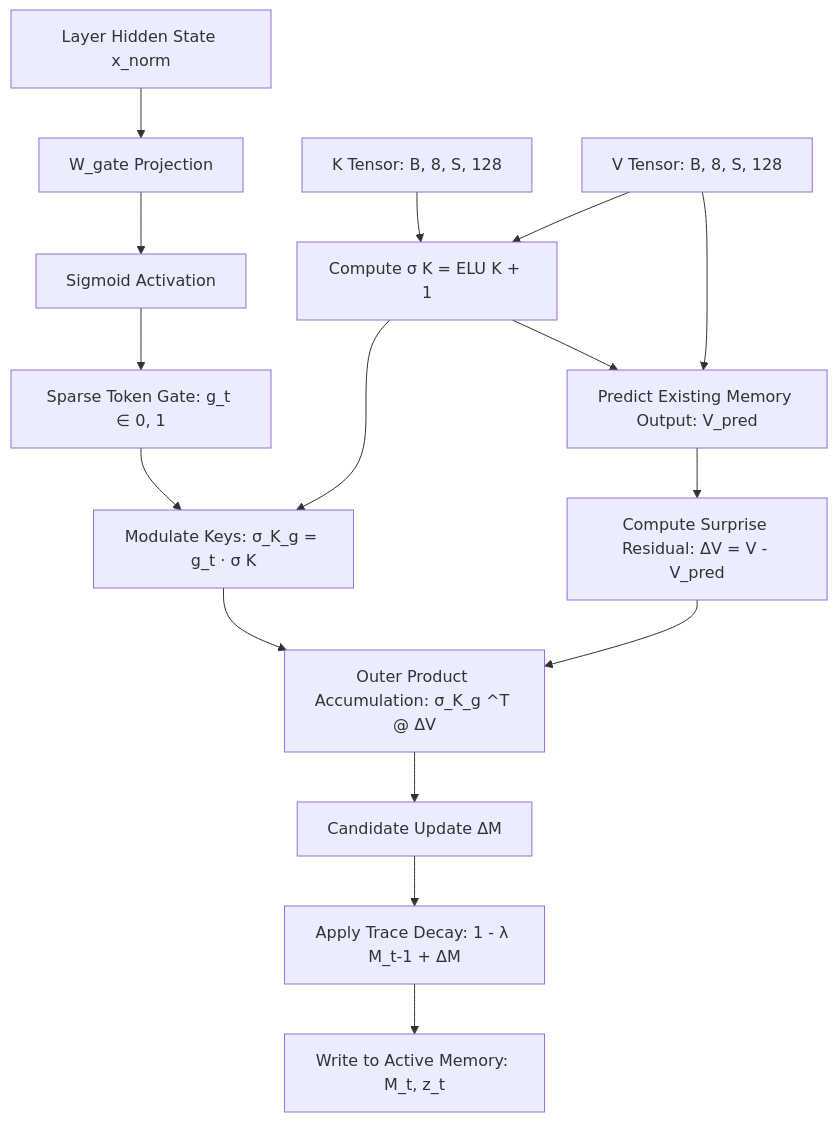
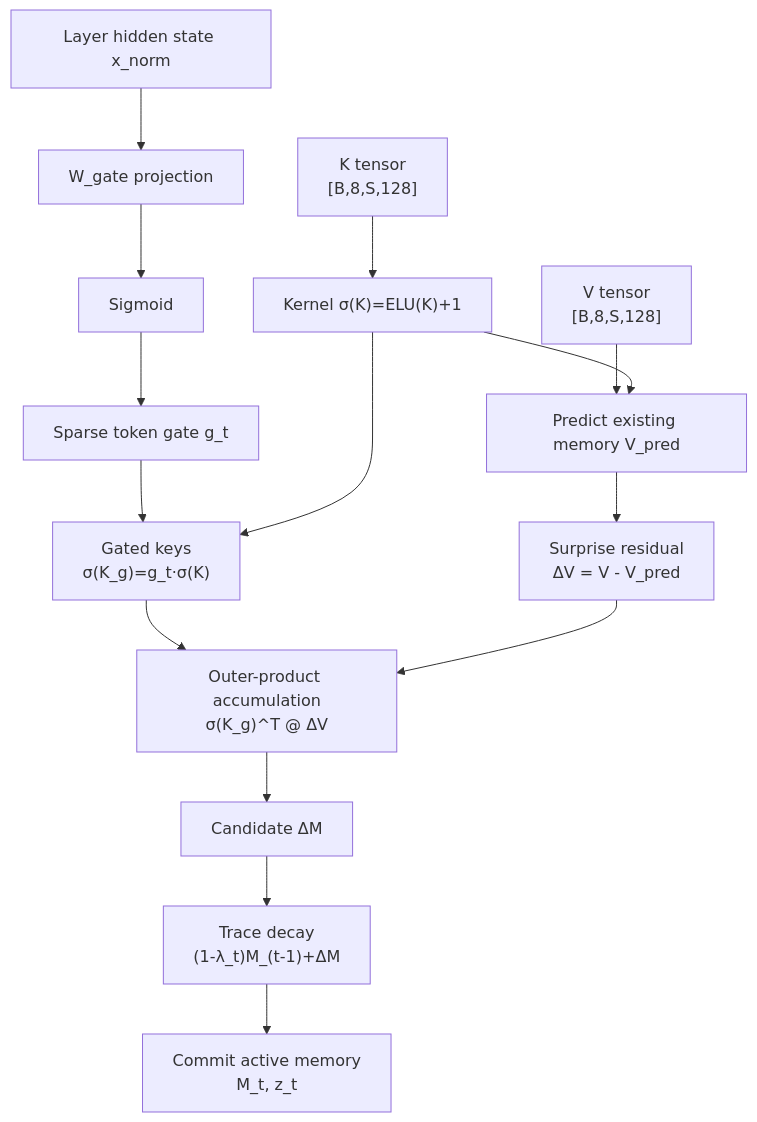
The third of 15 diagrams in README.md (Vtheonly/infiniChatbot), drawn with Mermaid before and after one commit. The commit also changed other lines of this file, not shown here.

Commit message:
docs: convert all README diagrams to Mermaid

````diff
--- a/README.md
+++ b/README.md
@@ -244,18 +228,16 @@
 ```mermaid
-graph TD
-    InK[K Tensor: B, 8, S, 128] & InV[V Tensor: B, 8, S, 128] --> KernelK[Compute σ K = ELU K + 1]
-    
-    KernelK & InV --> Pred[Predict Existing Memory Output: V_pred]
-    Pred --> Diff[Compute Surprise Residual: ΔV = V - V_pred]
-    
-    RawInput[Layer Hidden State x_norm] --> LinGate[W_gate Projection]
-    LinGate --> Sigmoid[Sigmoid Activation] --> Gate[Sparse Token Gate: g_t ∈ 0, 1]
-    
-    Gate & KernelK --> GatedK[Modulate Keys: σ_K_g = g_t · σ K]
-    
-    GatedK & Diff --> OuterProd[Outer Product Accumulation: σ_K_g ^T @ ΔV]
-    OuterProd --> DeltaM[Candidate Update ΔM]
-    
-    DeltaM --> DecayStep[Apply Trace Decay: 1 - λ M_t-1 + ΔM]
-    DecayStep --> Commit[Write to Active Memory: M_t, z_t]
+flowchart TD
+    K["K tensor<br/>[B,8,S,128]"] --> KK["Kernel σ(K)=ELU(K)+1"]
+    V["V tensor<br/>[B,8,S,128]"] --> Pred["Predict existing memory V_pred"]
+    KK --> Pred
+    Pred --> Diff["Surprise residual<br/>ΔV = V - V_pred"]
+    X["Layer hidden state x_norm"] --> WG["W_gate projection"]
+    WG --> Sig["Sigmoid"] --> Gate["Sparse token gate g_t"]
+    Gate --> GK["Gated keys<br/>σ(K_g)=g_t·σ(K)"]
+    KK --> GK
+    GK --> OP["Outer-product accumulation<br/>σ(K_g)^T @ ΔV"]
+    Diff --> OP
+    OP --> DM["Candidate ΔM"]
+    DM --> Decay["Trace decay<br/>(1-λ_t)M_(t-1)+ΔM"]
+    Decay --> Commit["Commit active memory<br/>M_t, z_t"]
 ```
````
